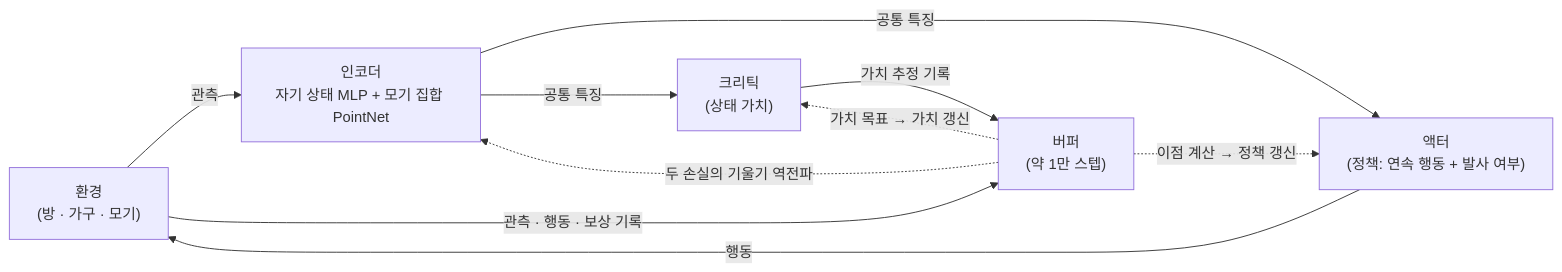
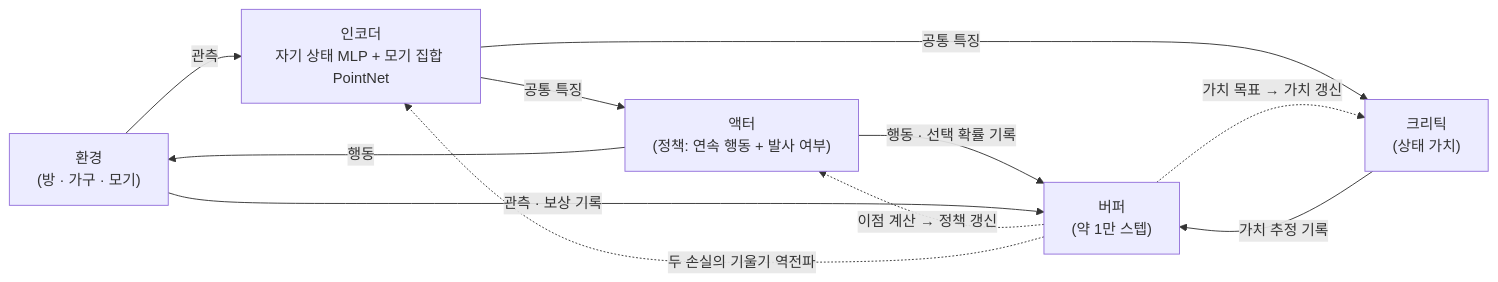
Before and after one commit to Jacod97/chameleon-agent: the fourth of 6 diagrams in report.md, drawn with Mermaid. The commit also changed other lines of this file and 4 other files, not shown here.

````diff
--- a/report.md
+++ b/report.md
@@ -187,18 +203,19 @@
 ```mermaid
 flowchart LR
     ENV["환경<br/>(방 · 가구 · 모기)"]
     ENC["인코더<br/>자기 상태 MLP + 모기 집합 PointNet"]
     ACT["액터<br/>(정책: 연속 행동 + 발사 여부)"]
     CRI["크리틱<br/>(상태 가치)"]
     BUF["버퍼<br/>(약 1만 스텝)"]
 
     ENV -->|"관측"| ENC
     ENC -->|"공통 특징"| ACT
     ENC -->|"공통 특징"| CRI
     ACT -->|"행동"| ENV
-    ENV -->|"관측 · 행동 · 보상 기록"| BUF
+    ACT -->|"행동 · 선택 확률 기록"| BUF
+    ENV -->|"관측 · 보상 기록"| BUF
     CRI -->|"가치 추정 기록"| BUF
     BUF -.->|"이점 계산 → 정책 갱신"| ACT
     BUF -.->|"가치 목표 → 가치 갱신"| CRI
     BUF -.->|"두 손실의 기울기 역전파"| ENC
 ```
````
